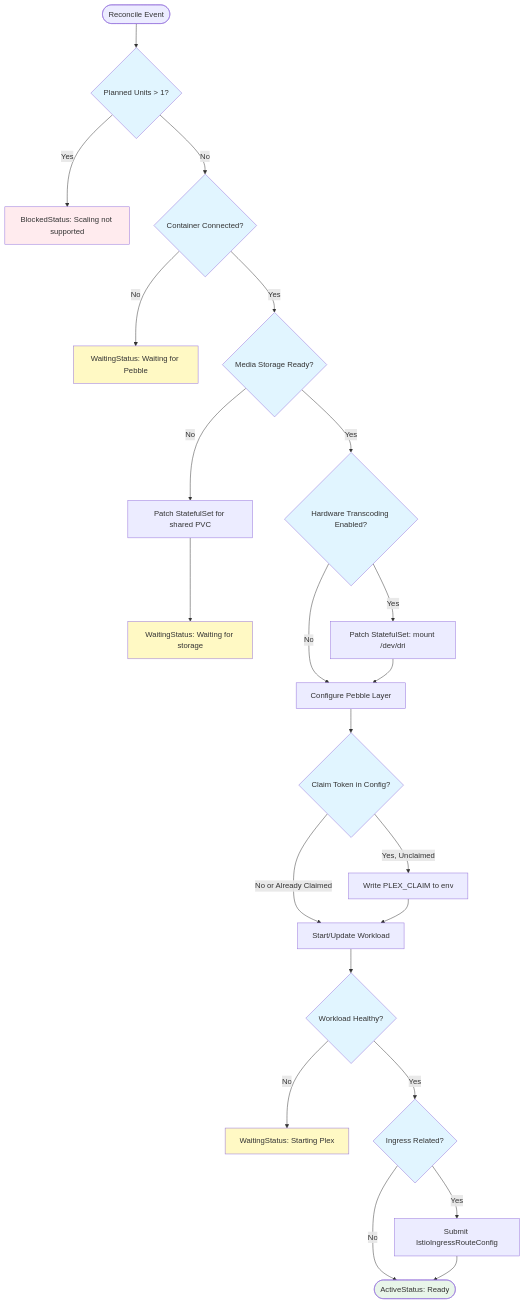
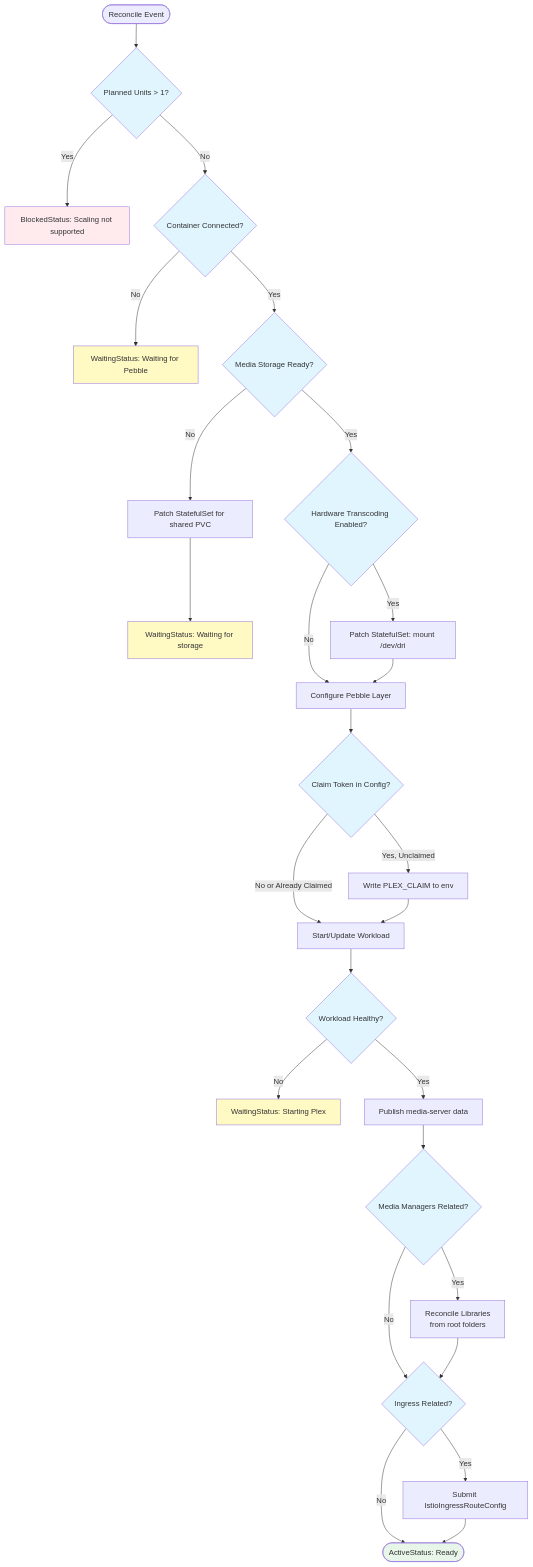
One commit to charmarr/charmarr-meta changed the first of 2 diagrams in adr/apps/adr-009-plex.md. Above: the diagram before and after it, drawn with Mermaid. The commit also changed other lines of this file and 4 other files, not shown here.

````diff
--- a/adr/apps/adr-009-plex.md
+++ b/adr/apps/adr-009-plex.md
@@ -61,43 +45,49 @@
 ```mermaid
 flowchart TD
     Start([Reconcile Event]) --> Scale{Planned Units > 1?}
     Scale -->|Yes| Block[BlockedStatus: Scaling not supported]
     Scale -->|No| P1{Container Connected?}
-    
+
     P1 -->|No| W1[WaitingStatus: Waiting for Pebble]
     P1 -->|Yes| P2{Media Storage Ready?}
-    
+
     P2 -->|No| P2a[Patch StatefulSet for shared PVC]
     P2a --> W2[WaitingStatus: Waiting for storage]
     P2 -->|Yes| P3{Hardware Transcoding Enabled?}
-    
+
     P3 -->|Yes| P3a[Patch StatefulSet: mount /dev/dri]
     P3 -->|No| P4
     P3a --> P4[Configure Pebble Layer]
-    
+
     P4 --> P5{Claim Token in Config?}
     P5 -->|Yes, Unclaimed| P5a[Write PLEX_CLAIM to env]
     P5 -->|No or Already Claimed| P6
     P5a --> P6[Start/Update Workload]
-    
+
     P6 --> P7{Workload Healthy?}
     P7 -->|No| W3[WaitingStatus: Starting Plex]
-    P7 -->|Yes| P8{Ingress Related?}
-    
-    P8 -->|Yes| P8a[Submit IstioIngressRouteConfig]
-    P8 -->|No| Done
-    P8a --> Done([ActiveStatus: Ready])
-    
+    P7 -->|Yes| P8[Publish media-server data]
+
+    P8 --> P9{Media Managers Related?}
+    P9 -->|Yes| P9a[Reconcile Libraries<br/>from root folders]
+    P9 -->|No| P10
+    P9a --> P10{Ingress Related?}
+
+    P10 -->|Yes| P10a[Submit IstioIngressRouteConfig]
+    P10 -->|No| Done
+    P10a --> Done([ActiveStatus: Ready])
+
     style Scale fill:#e1f5ff
     style P1 fill:#e1f5ff
     style P2 fill:#e1f5ff
     style P3 fill:#e1f5ff
     style P5 fill:#e1f5ff
     style P7 fill:#e1f5ff
-    style P8 fill:#e1f5ff
+    style P9 fill:#e1f5ff
+    style P10 fill:#e1f5ff
     style Block fill:#ffebee
     style W1 fill:#fff9c4
     style W2 fill:#fff9c4
     style W3 fill:#fff9c4
     style Done fill:#e8f5e9
 ```
````
